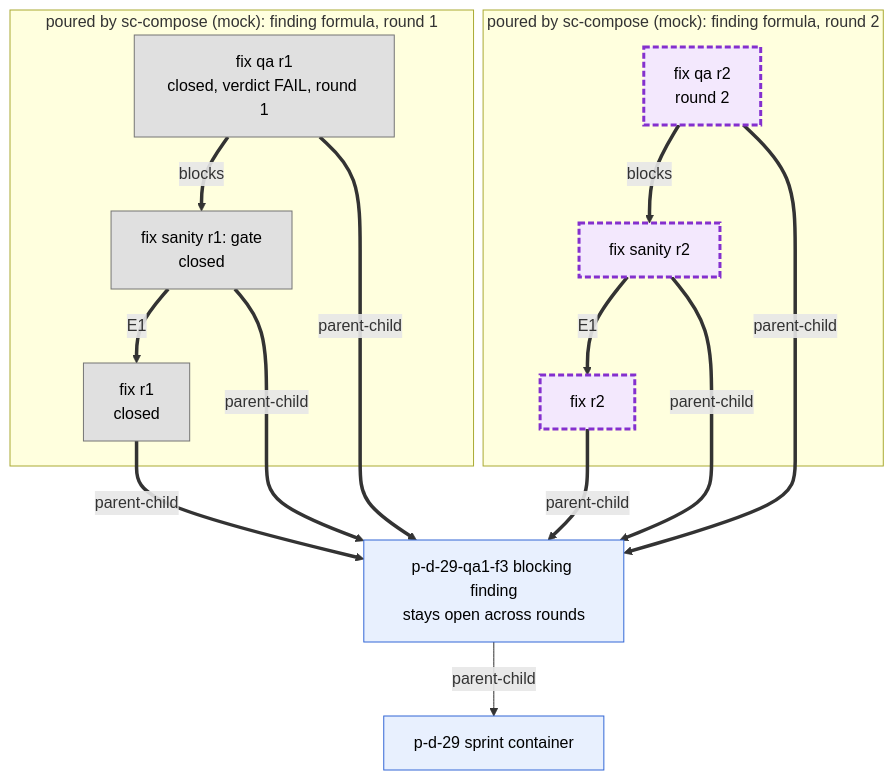
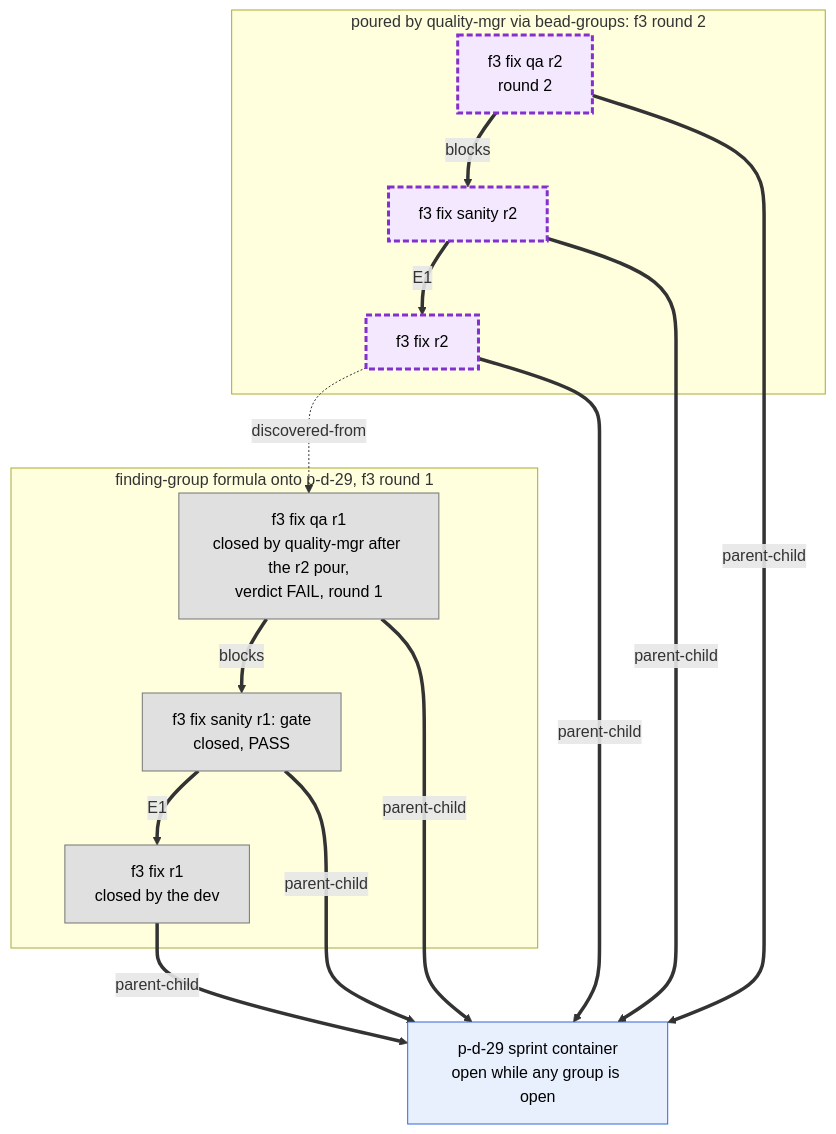
The third of 4 diagrams in docs/diagrams/04-sprint-to-be.md (randlee/atm-bd-orchestration), drawn with Mermaid before and after one commit. The commit also changed other lines of this file and 6 other files, not shown here.

First line of the commit message:
docs: apply Rand's 2026-10-03 flat fix model to the bead diagrams

````diff
--- a/docs/diagrams/04-sprint-to-be.md
+++ b/docs/diagrams/04-sprint-to-be.md
@@ -134,32 +163,31 @@
 ```mermaid
 flowchart TB
   classDef tmpl fill:#e8f0fe,stroke:#3367d6,color:#000
   classDef poured fill:#f3e8fd,stroke:#8430ce,stroke-width:3px,stroke-dasharray:6 3,color:#000
   classDef closed fill:#e0e0e0,stroke:#757575,color:#000
 
-  SPR["p-d-29 sprint container"]:::tmpl
-  F["p-d-29-qa1-f3 blocking finding<br/>stays open across rounds"]:::tmpl
+  SPR["p-d-29 sprint container<br/>open while any group is open"]:::tmpl
 
-  subgraph R1["poured by sc-compose (mock): finding formula, round 1"]
-    FX1["fix r1<br/>closed"]:::closed
-    FS1["fix sanity r1: gate<br/>closed"]:::closed
-    FQ1["fix qa r1<br/>closed, verdict FAIL, round 1"]:::closed
+  subgraph R1["finding-group formula onto p-d-29, f3 round 1"]
+    FX1["f3 fix r1<br/>closed by the dev"]:::closed
+    FS1["f3 fix sanity r1: gate<br/>closed, PASS"]:::closed
+    FQ1["f3 fix qa r1<br/>closed by quality-mgr after the r2 pour,<br/>verdict FAIL, round 1"]:::closed
   end
-  subgraph R2["poured by sc-compose (mock): finding formula, round 2"]
-    FX2["fix r2"]:::poured
-    FS2["fix sanity r2"]:::poured
-    FQ2["fix qa r2<br/>round 2"]:::poured
+  subgraph R2["poured by quality-mgr via bead-groups: f3 round 2"]
+    FX2["f3 fix r2"]:::poured
+    FS2["f3 fix sanity r2"]:::poured
+    FQ2["f3 fix qa r2<br/>round 2"]:::poured
   end
 
-  F -->|parent-child| SPR
-  FX1 ==>|parent-child| F
-  FS1 ==>|parent-child| F
-  FQ1 ==>|parent-child| F
+  FX1 ==>|parent-child| SPR
+  FS1 ==>|parent-child| SPR
+  FQ1 ==>|parent-child| SPR
   FS1 ==>|"E1"| FX1
   FQ1 ==>|blocks| FS1
-  FX2 ==>|parent-child| F
-  FS2 ==>|parent-child| F
-  FQ2 ==>|parent-child| F
+  FX2 ==>|parent-child| SPR
+  FS2 ==>|parent-child| SPR
+  FQ2 ==>|parent-child| SPR
   FS2 ==>|"E1"| FX2
   FQ2 ==>|blocks| FS2
+  FX2 -.->|discovered-from| FQ1
 ```
````
